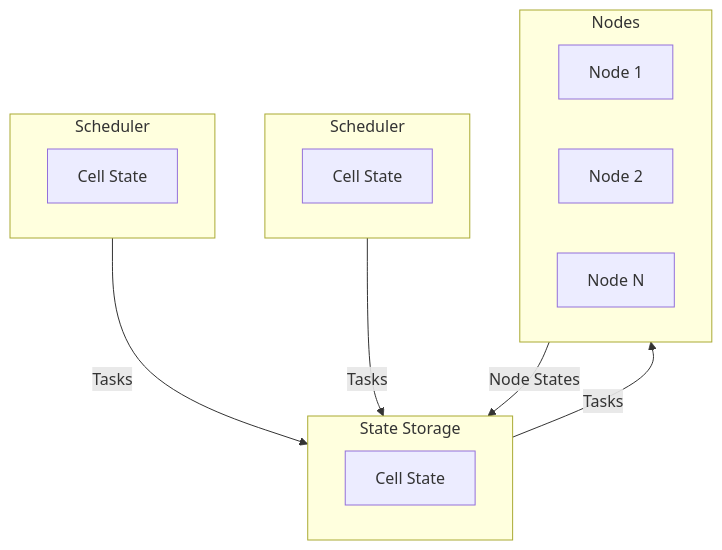
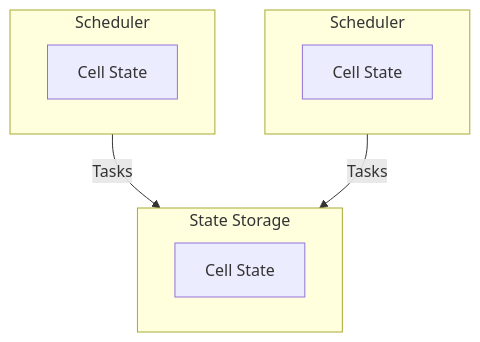
Before and after one commit to 0xcaffebabe/note: the second of 2 diagrams in doc/软件工程/架构/系统设计/分布式/分布式系统.md, drawn with Mermaid. The commit also changed other lines of this file and 2 other files, not shown here.

````diff
--- a/doc/软件工程/架构/系统设计/分布式/分布式系统.md
+++ b/doc/软件工程/架构/系统设计/分布式/分布式系统.md
@@ -157,26 +227,14 @@
 ```mermaid
 flowchart TD
     subgraph Scheduler1[Scheduler]
         CellState1[Cell State]
     end
-
     subgraph Scheduler2[Scheduler]
         CellState2[Cell State]
     end
-
     subgraph StateStorage[State Storage]
         CellStateStorage[Cell State]
     end
-
-    subgraph Nodes[Nodes]
-        Node1[Node 1]
-        Node2[Node 2]
-        NodeN[Node N]
-    end
-
     Scheduler1 --> |Tasks| StateStorage
     Scheduler2 --> |Tasks| StateStorage
-    Nodes --> |Node States| StateStorage
-    StateStorage --> |Tasks| Nodes
-
 ```
````
